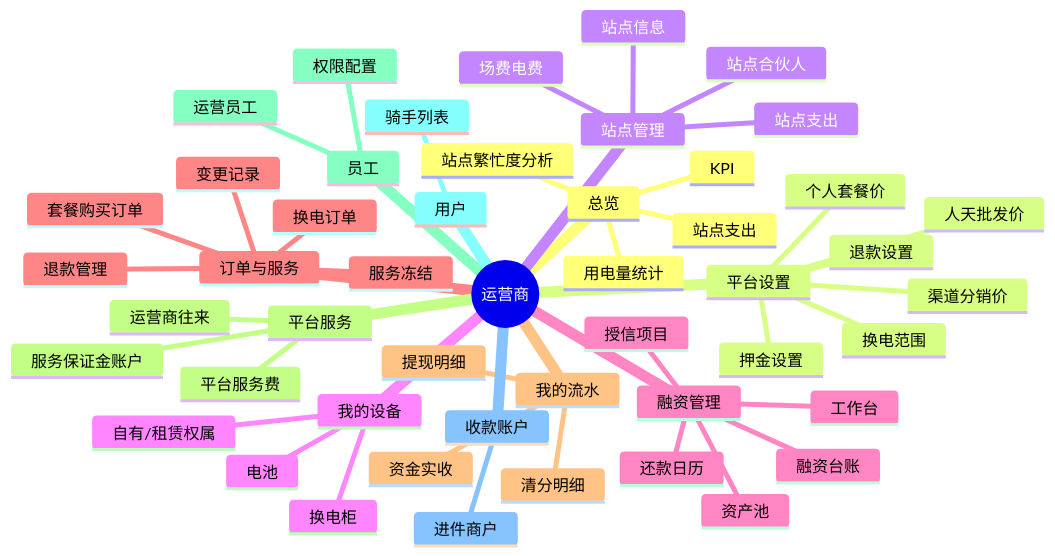
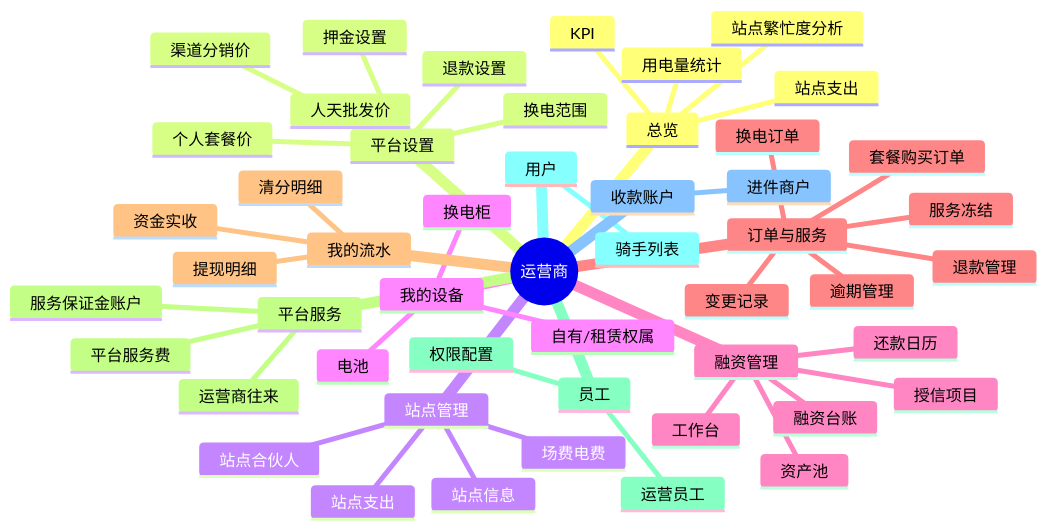
One commit to liudali/rider-swap-operator-prototype changed the fourth of 16 diagrams in prototype/docs/md/功能结构与业务流程.md. Above: the diagram before and after it, drawn with Mermaid. The commit also changed other lines of this file and 54 other files, not shown here.

````diff
--- a/prototype/docs/md/功能结构与业务流程.md
+++ b/prototype/docs/md/功能结构与业务流程.md
@@ -182,52 +182,53 @@
 ```mermaid
 mindmap
   root((运营商))
     总览
       KPI
       站点繁忙度分析
       用电量统计
       站点支出
     平台设置
       个人套餐价
       押金设置
       退款设置
       人天批发价
       渠道分销价
       换电范围
     站点管理
       站点信息
       场费电费
       站点支出
       站点合伙人
     我的设备
       换电柜
       电池
       自有/租赁权属
     融资管理
       工作台
       融资台账
       授信项目
       资产池
       还款日历
     订单与服务
       套餐购买订单
       换电订单
       服务冻结
       变更记录
       退款管理
+      逾期管理
     我的流水
       资金实收
       清分明细
       提现明细
     平台服务
       服务保证金账户
       平台服务费
       运营商往来
     员工
       运营员工
       权限配置
     用户
       骑手列表
     收款账户
       进件商户
 ```
````
